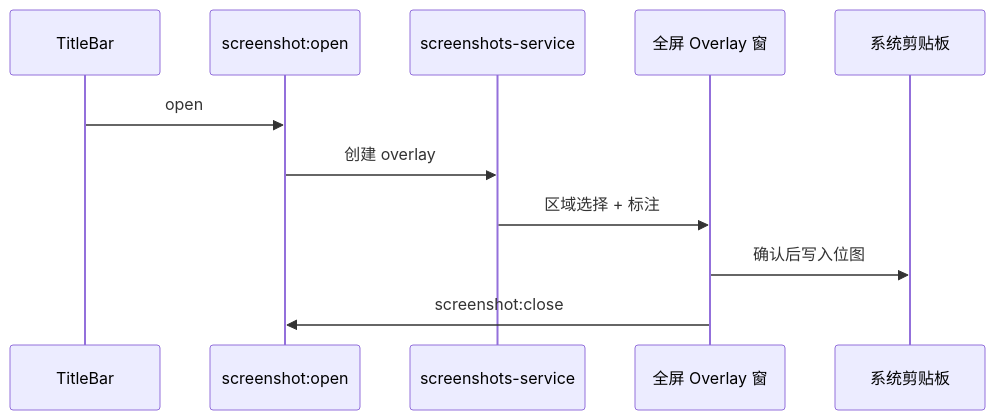
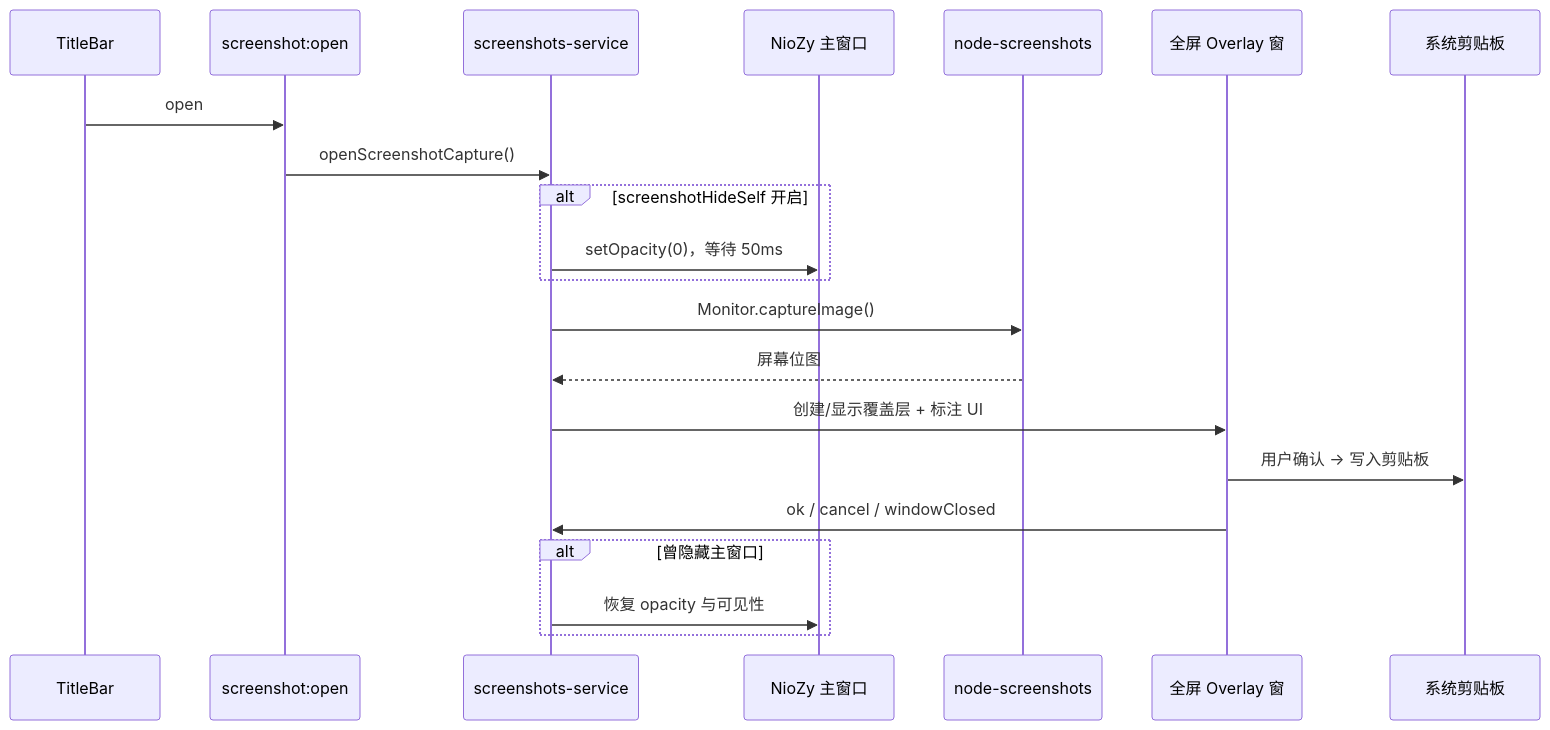
Before and after one commit to Landers1037/NioZy: the first of 2 diagrams in docs/功能截图.md, drawn with Mermaid. The commit also changed other lines of this file and 1 other file, not shown here.

````diff
--- a/docs/功能截图.md
+++ b/docs/功能截图.md
@@ -20,14 +27,24 @@
 ```mermaid
 sequenceDiagram
   participant TB as TitleBar
   participant IPC as screenshot:open
   participant Svc as screenshots-service
+  participant Main as NioZy 主窗口
+  participant Cap as node-screenshots
   participant Overlay as 全屏 Overlay 窗
   participant Clip as 系统剪贴板
 
   TB->>IPC: open
-  IPC->>Svc: 创建 overlay
-  Svc->>Overlay: 区域选择 + 标注
-  Overlay->>Clip: 确认后写入位图
-  Overlay->>IPC: screenshot:close
+  IPC->>Svc: openScreenshotCapture()
+  alt screenshotHideSelf 开启
+    Svc->>Main: setOpacity(0)，等待 50ms
+  end
+  Svc->>Cap: Monitor.captureImage()
+  Cap-->>Svc: 屏幕位图
+  Svc->>Overlay: 创建/显示覆盖层 + 标注 UI
+  Overlay->>Clip: 用户确认 → 写入剪贴板
+  Overlay->>Svc: ok / cancel / windowClosed
+  alt 曾隐藏主窗口
+    Svc->>Main: 恢复 opacity 与可见性
+  end
 ```
````
